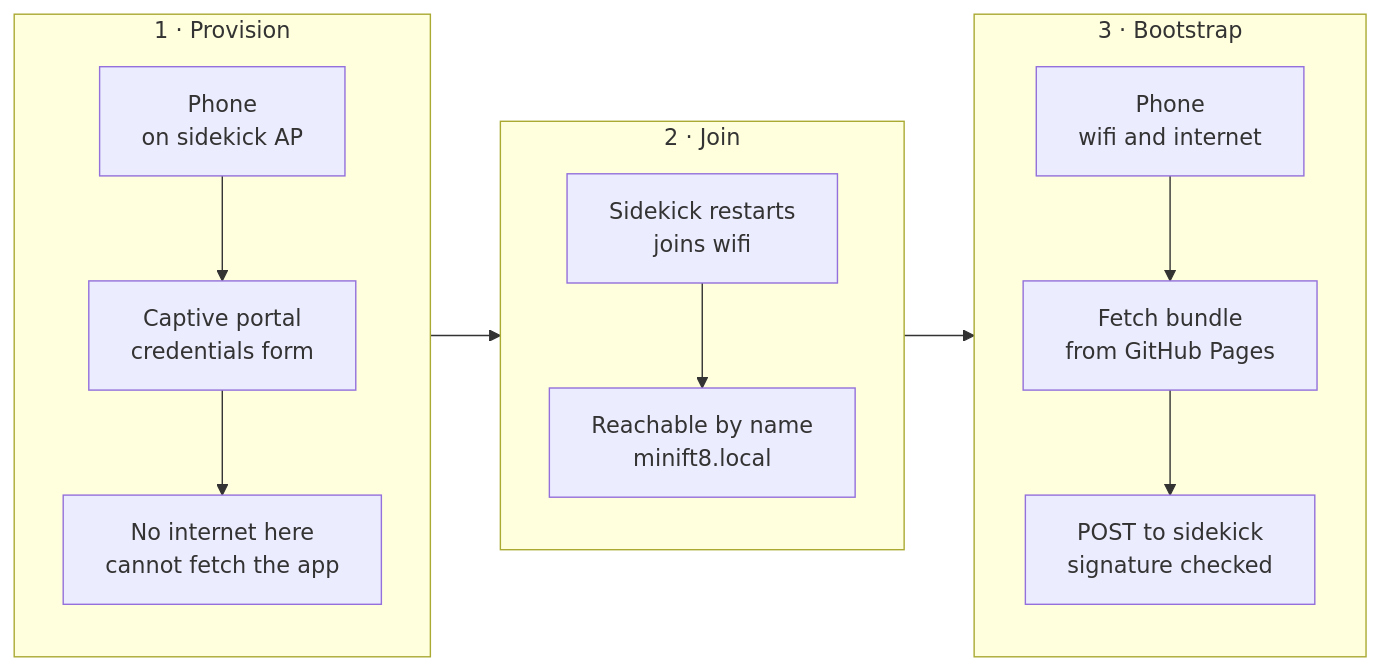
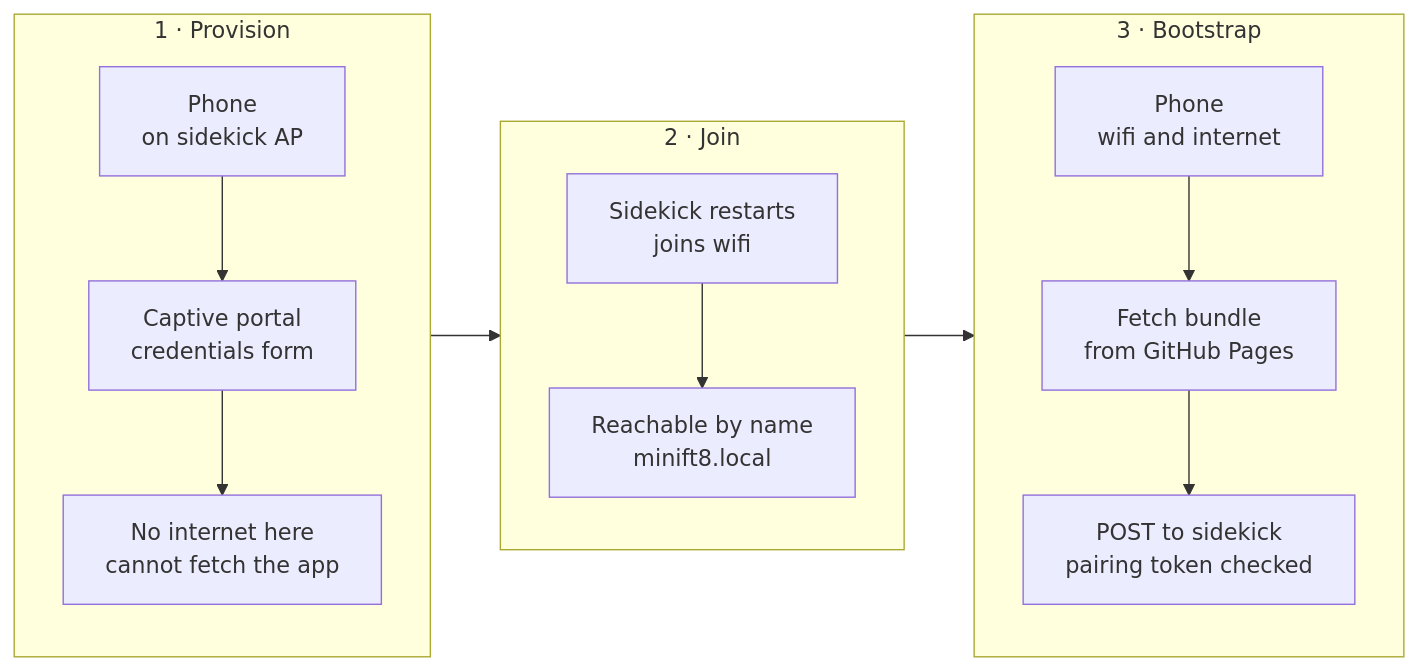
The second of 2 diagrams in docs/rfcs/0004-headless-web-architecture.md (kb2slo/Mini-FT8), drawn with Mermaid before and after one commit. The commit also changed other lines of this file and 1 other file, not shown here.

````diff
--- a/docs/rfcs/0004-headless-web-architecture.md
+++ b/docs/rfcs/0004-headless-web-architecture.md
@@ -133,15 +234,15 @@
 ```mermaid
 flowchart LR
     subgraph s1["1 · Provision"]
         p1["Phone<br/>on sidekick AP"] --> cp["Captive portal<br/>credentials form"]
         cp --> ni["No internet here<br/>cannot fetch the app"]
     end
     subgraph s2["2 · Join"]
         rs["Sidekick restarts<br/>joins wifi"] --> md["Reachable by name<br/>minift8.local"]
     end
     subgraph s3["3 · Bootstrap"]
         p3["Phone<br/>wifi and internet"] --> fb["Fetch bundle<br/>from GitHub Pages"]
-        fb --> po["POST to sidekick<br/>signature checked"]
+        fb --> po["POST to sidekick<br/>pairing token checked"]
     end
     s1 --> s2 --> s3
 ```
````
